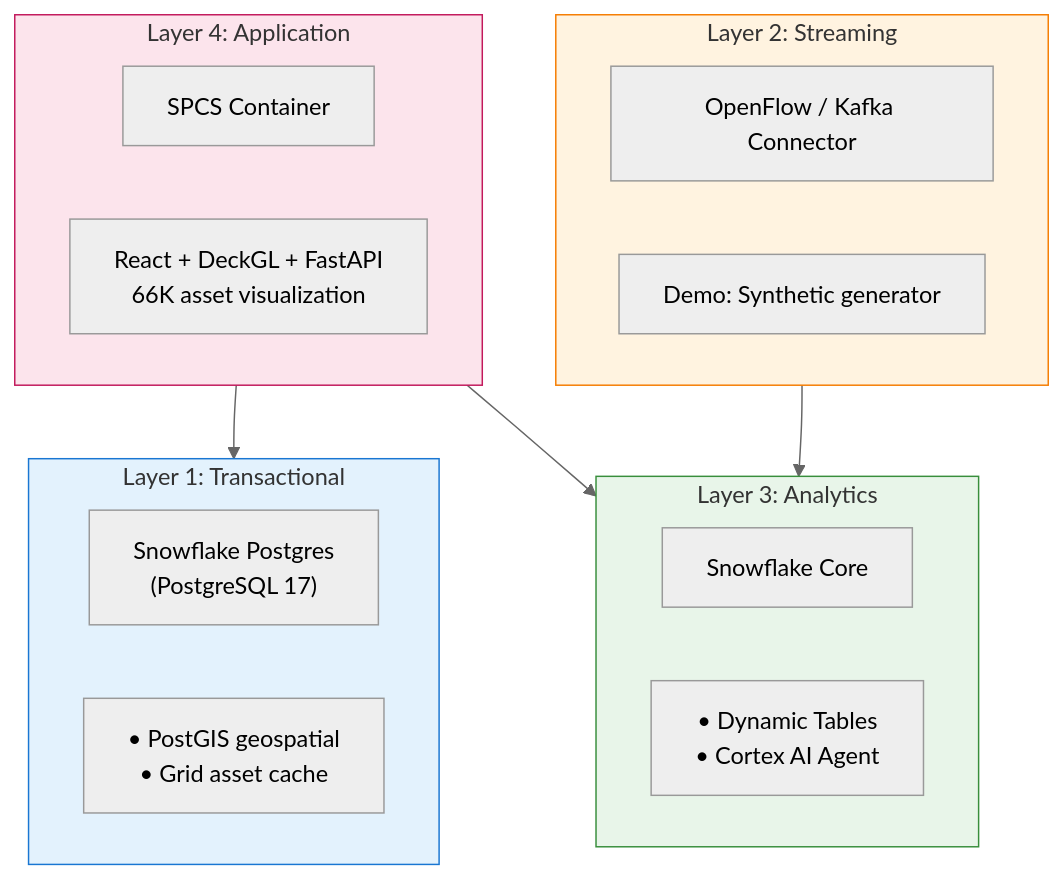
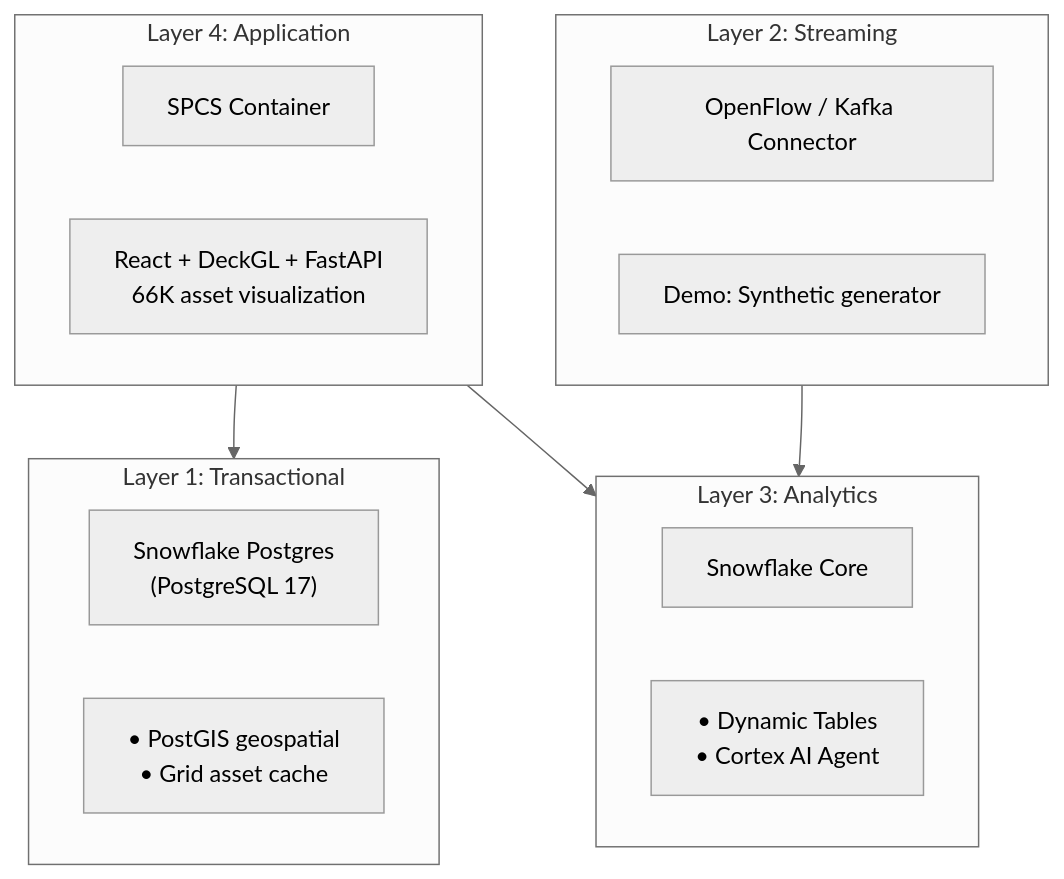
The diagram in README.md (sfc-gh-abannerjee/flux-ops-center-spcs), drawn with Mermaid (neutral theme) before and after one commit. The commit also changed 4 other files, not shown here.

First line of the commit message:
fix: Remove custom Mermaid styles for dark mode compatibility

````diff
--- a/README.md
+++ b/README.md
@@ -76,31 +76,26 @@
 ```mermaid
 flowchart TB
     subgraph L1["Layer 1: Transactional"]
         PG["Snowflake Postgres<br/>(PostgreSQL 17)"]
         PG_FEAT["• PostGIS geospatial<br/>• Grid asset cache"]
     end
     
     subgraph L2["Layer 2: Streaming"]
         STREAM["OpenFlow / Kafka Connector"]
         STREAM_FEAT["Demo: Synthetic generator"]
     end
     
     subgraph L3["Layer 3: Analytics"]
         SF["Snowflake Core"]
         SF_FEAT["• Dynamic Tables<br/>• Cortex AI Agent"]
     end
     
     subgraph L4["Layer 4: Application"]
         APP["SPCS Container"]
         APP_FEAT["React + DeckGL + FastAPI<br/>66K asset visualization"]
     end
     
     L4 --> L1
     L4 --> L3
     L2 --> L3
-    
-    style L1 fill:#e3f2fd,stroke:#1976d2
-    style L2 fill:#fff3e0,stroke:#f57c00
-    style L3 fill:#e8f5e9,stroke:#388e3c
-    style L4 fill:#fce4ec,stroke:#c2185b
 ```
````
